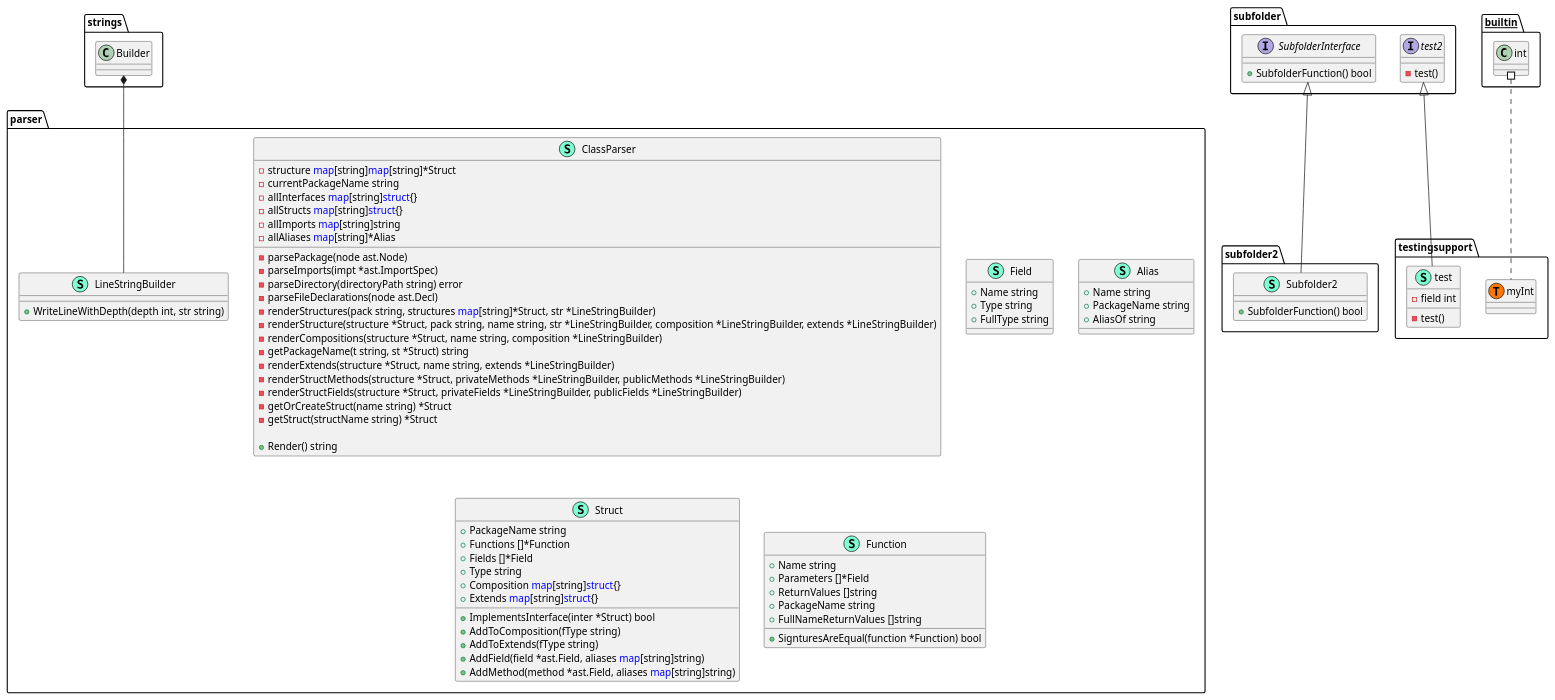
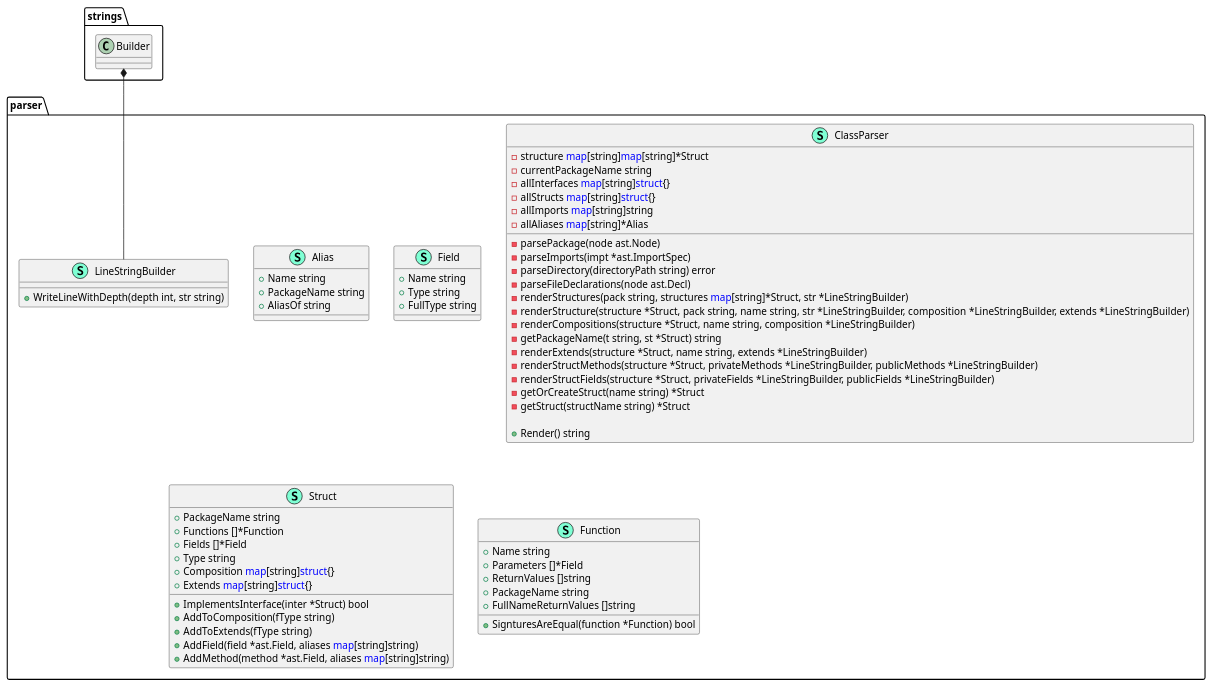
One commit to thgoexpt/PlantUML-Class-Diagram-Generator-for-golang-projects changed the diagram in ClassDiagram.puml. Above: the diagram before and after it, drawn with PlantUML. The commit also changed other lines of this file and 1 other file, not shown here.

Commit message:
Class diagram needs to be updated.
Generated the class diagram and updated the Contributing file according to the description of this issue.
Fixes issue #37

```diff
--- a/ClassDiagram.puml
+++ b/ClassDiagram.puml
@@ -2,108 +1,73 @@
 @startuml
-namespace subfolder2 {
-    class Subfolder2 << (S,Aquamarine) >> {
-        + SubfolderFunction() bool
+namespace parser {
+    class Alias << (S,Aquamarine) >> {
+        + Name string
+        + PackageName string
+        + AliasOf string
 
     }
-}
+    class Field << (S,Aquamarine) >> {
+        + Name string
+        + Type string
+        + FullType string
 
-subfolder.SubfolderInterface <|-- subfolder2.Subfolder2
-
-namespace parser {
+    }
     class LineStringBuilder << (S,Aquamarine) >> {
         + WriteLineWithDepth(depth int, str string) 
 
     }
     class ClassParser << (S,Aquamarine) >> {
         - structure <font color=blue>map</font>[string]<font color=blue>map</font>[string]*Struct
         - currentPackageName string
         - allInterfaces <font color=blue>map</font>[string]<font color=blue>struct</font>{}
         - allStructs <font color=blue>map</font>[string]<font color=blue>struct</font>{}
         - allImports <font color=blue>map</font>[string]string
         - allAliases <font color=blue>map</font>[string]*Alias
 
         - parsePackage(node ast.Node) 
         - parseImports(impt *ast.ImportSpec) 
         - parseDirectory(directoryPath string) error
         - parseFileDeclarations(node ast.Decl) 
         - renderStructures(pack string, structures <font color=blue>map</font>[string]*Struct, str *LineStringBuilder) 
         - renderStructure(structure *Struct, pack string, name string, str *LineStringBuilder, composition *LineStringBuilder, extends *LineStringBuilder) 
         - renderCompositions(structure *Struct, name string, composition *LineStringBuilder) 
         - getPackageName(t string, st *Struct) string
         - renderExtends(structure *Struct, name string, extends *LineStringBuilder) 
         - renderStructMethods(structure *Struct, privateMethods *LineStringBuilder, publicMethods *LineStringBuilder) 
         - renderStructFields(structure *Struct, privateFields *LineStringBuilder, publicFields *LineStringBuilder) 
         - getOrCreateStruct(name string) *Struct
         - getStruct(structName string) *Struct
 
         + Render() string
-
-    }
-    class Field << (S,Aquamarine) >> {
-        + Name string
-        + Type string
-        + FullType string
-
-    }
-    class Alias << (S,Aquamarine) >> {
-        + Name string
-        + PackageName string
-        + AliasOf string
 
     }
     class Struct << (S,Aquamarine) >> {
         + PackageName string
         + Functions []*Function
         + Fields []*Field
         + Type string
         + Composition <font color=blue>map</font>[string]<font color=blue>struct</font>{}
         + Extends <font color=blue>map</font>[string]<font color=blue>struct</font>{}
 
         + ImplementsInterface(inter *Struct) bool
         + AddToComposition(fType string) 
         + AddToExtends(fType string) 
         + AddField(field *ast.Field, aliases <font color=blue>map</font>[string]string) 
         + AddMethod(method *ast.Field, aliases <font color=blue>map</font>[string]string) 
 
     }
     class Function << (S,Aquamarine) >> {
         + Name string
         + Parameters []*Field
         + ReturnValues []string
         + PackageName string
         + FullNameReturnValues []string
 
         + SignturesAreEqual(function *Function) bool
 
     }
 }
 strings.Builder *-- parser.LineStringBuilder
 
 
-namespace testingsupport {
-    class test << (S,Aquamarine) >> {
-        - field int
-
-        - test() 
-
-    }
-    class testingsupport.myInt << (T, #FF7700) >>  {
-    }
-}
-
-subfolder.test2 <|-- testingsupport.test
-
-namespace subfolder {
-    interface test2  {
-        - test() 
-
-    }
-    interface SubfolderInterface  {
-        + SubfolderFunction() bool
-
-    }
-}
-
-
-__builtin__.int #.. testingsupport.myInt
 @enduml
```
